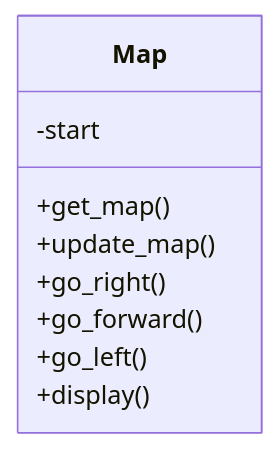
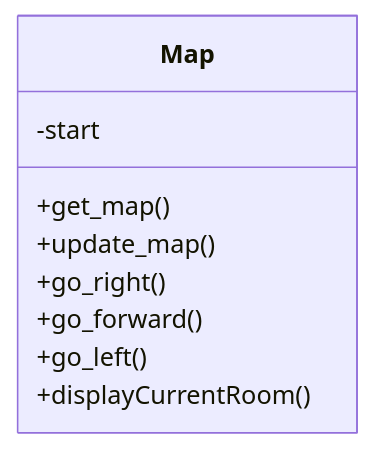
The second of 4 diagrams in README.md (edward-yee-ny/j1-summary-project-private-), drawn with Mermaid before and after one commit.

````diff
--- a/README.md
+++ b/README.md
@@ -89,10 +89,10 @@
 ```mermaid
 classDiagram
     Map : -start
     Map : +get_map()
     Map : +update_map()
     Map : +go_right()
     Map : +go_forward()
     Map : +go_left()
-    Map : +display()
+    Map : +displayCurrentRoom()
 ```
````
